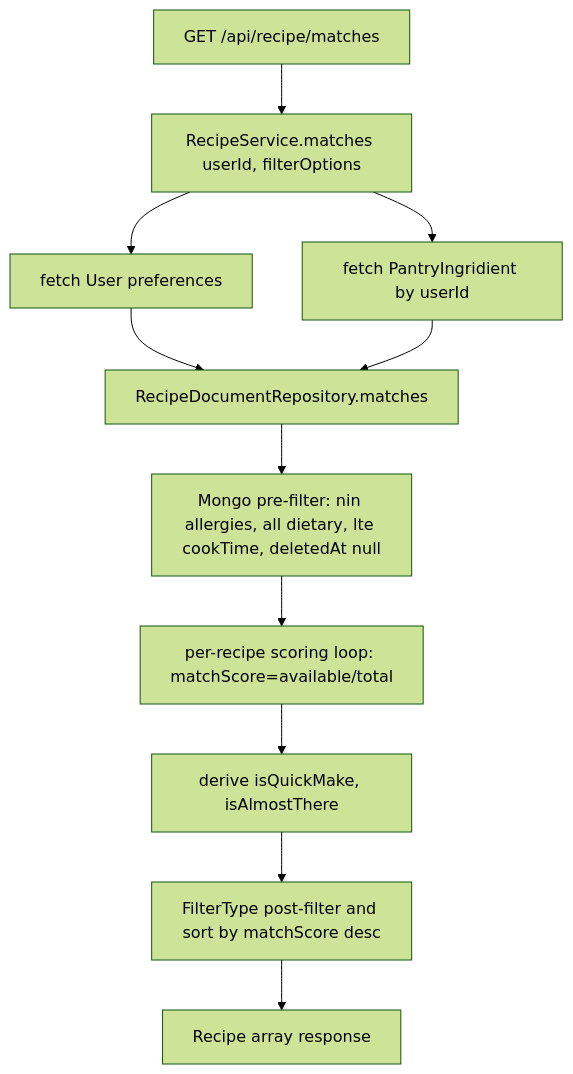
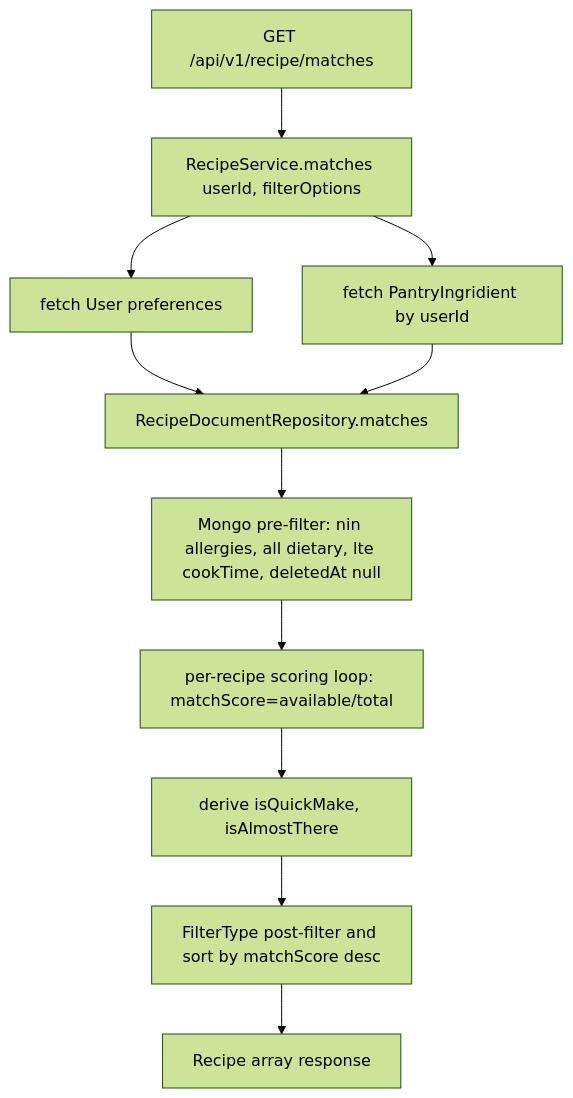
The diagram in backend/src/recipe/README.md (blitzy-public-samples/pantry-chef-traditional), drawn with Mermaid (forest theme) before and after one commit. The commit also changed other lines of this file and 60 other files, not shown here.

````diff
--- a/backend/src/recipe/README.md
+++ b/backend/src/recipe/README.md
@@ -106,13 +106,13 @@
 ```mermaid
 flowchart TD
-    A[GET /api/recipe/matches] --> B[RecipeService.matches userId, filterOptions]
+    A[GET /api/v1/recipe/matches] --> B[RecipeService.matches userId, filterOptions]
     B --> C[fetch User preferences]
     B --> D[fetch PantryIngridient by userId]
     C --> E[RecipeDocumentRepository.matches]
     D --> E
     E --> F[Mongo pre-filter: nin allergies, all dietary, lte cookTime, deletedAt null]
     F --> G[per-recipe scoring loop: matchScore=available/total]
     G --> H[derive isQuickMake, isAlmostThere]
     H --> I[FilterType post-filter and sort by matchScore desc]
     I --> J[Recipe array response]
 ```
````
